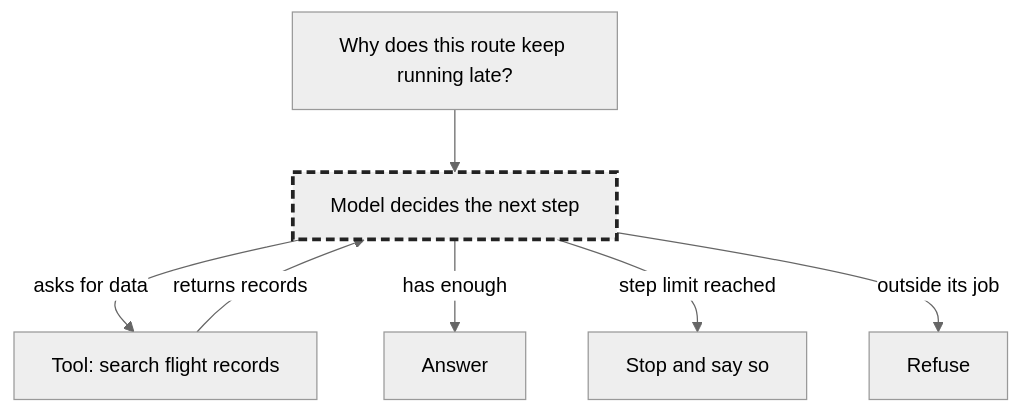
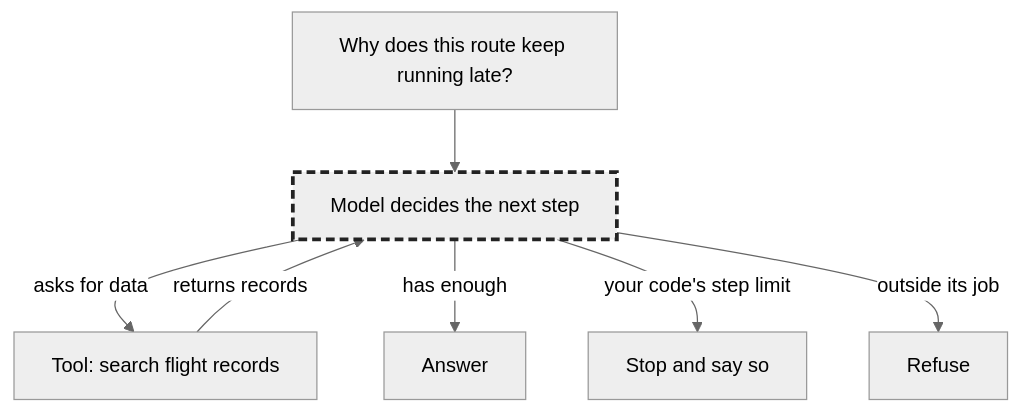
The second of 2 diagrams in guides/workflow-and-agent.md (LMU-ISBA/isba-4775-fa26), drawn with Mermaid (neutral theme) before and after one commit. The commit also changed other lines of this file, not shown here.

````diff
--- a/guides/workflow-and-agent.md
+++ b/guides/workflow-and-agent.md
@@ -56,18 +57,18 @@
 ```mermaid
 flowchart TD
     Q["Why does this route keep running late?"]
     M["Model decides the next step"]:::model
     T["Tool: search flight records"]
     A["Answer"]
     S["Stop and say so"]
     X["Refuse"]
 
     Q --> M
     M -->|"asks for data"| T
     T -->|"returns records"| M
     M -->|"has enough"| A
-    M -->|"step limit reached"| S
+    M -->|"your code's step limit"| S
     M -->|"outside its job"| X
 
     classDef model stroke:#222,stroke-width:3px,stroke-dasharray:7 4
 ```
````
